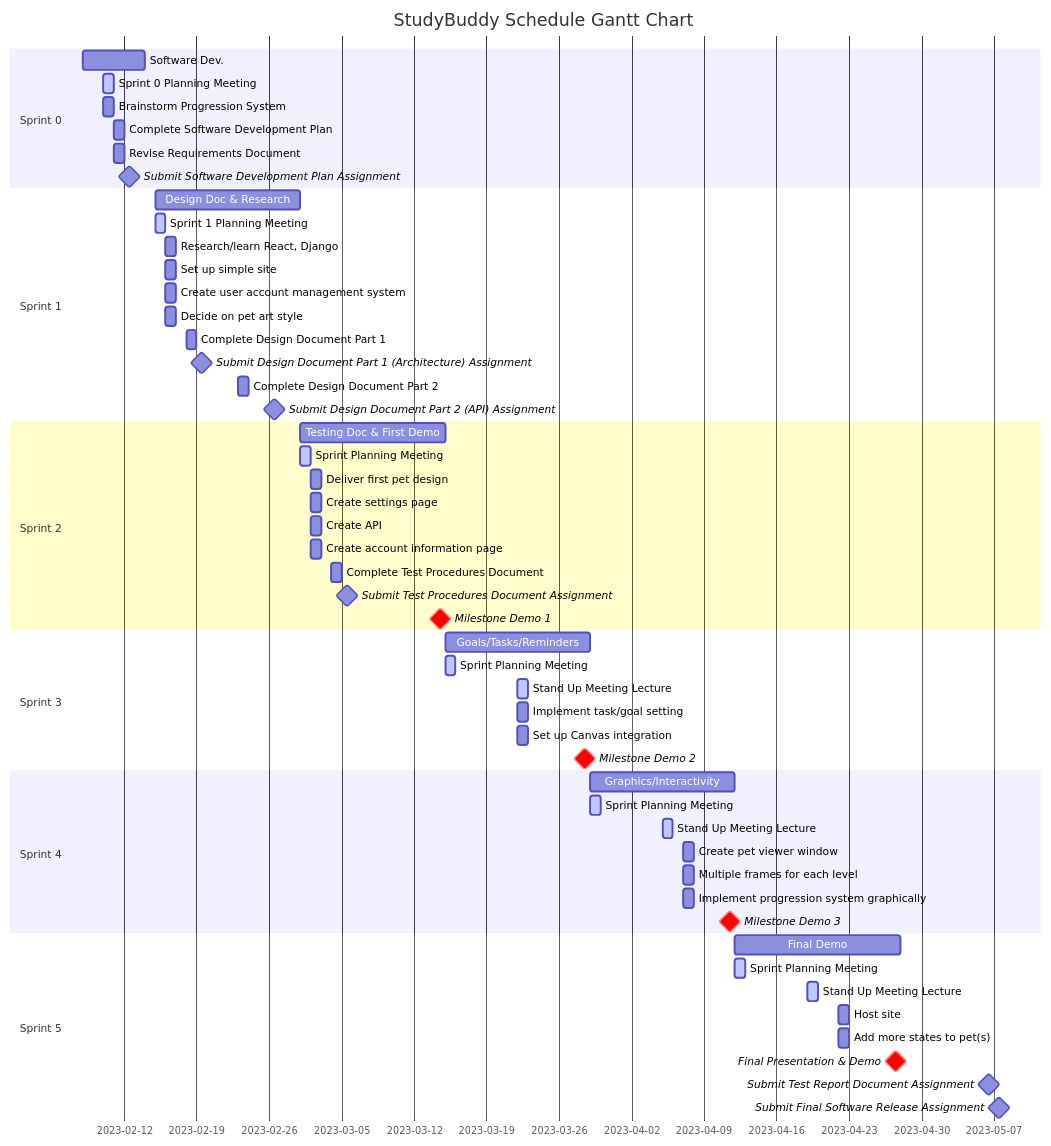
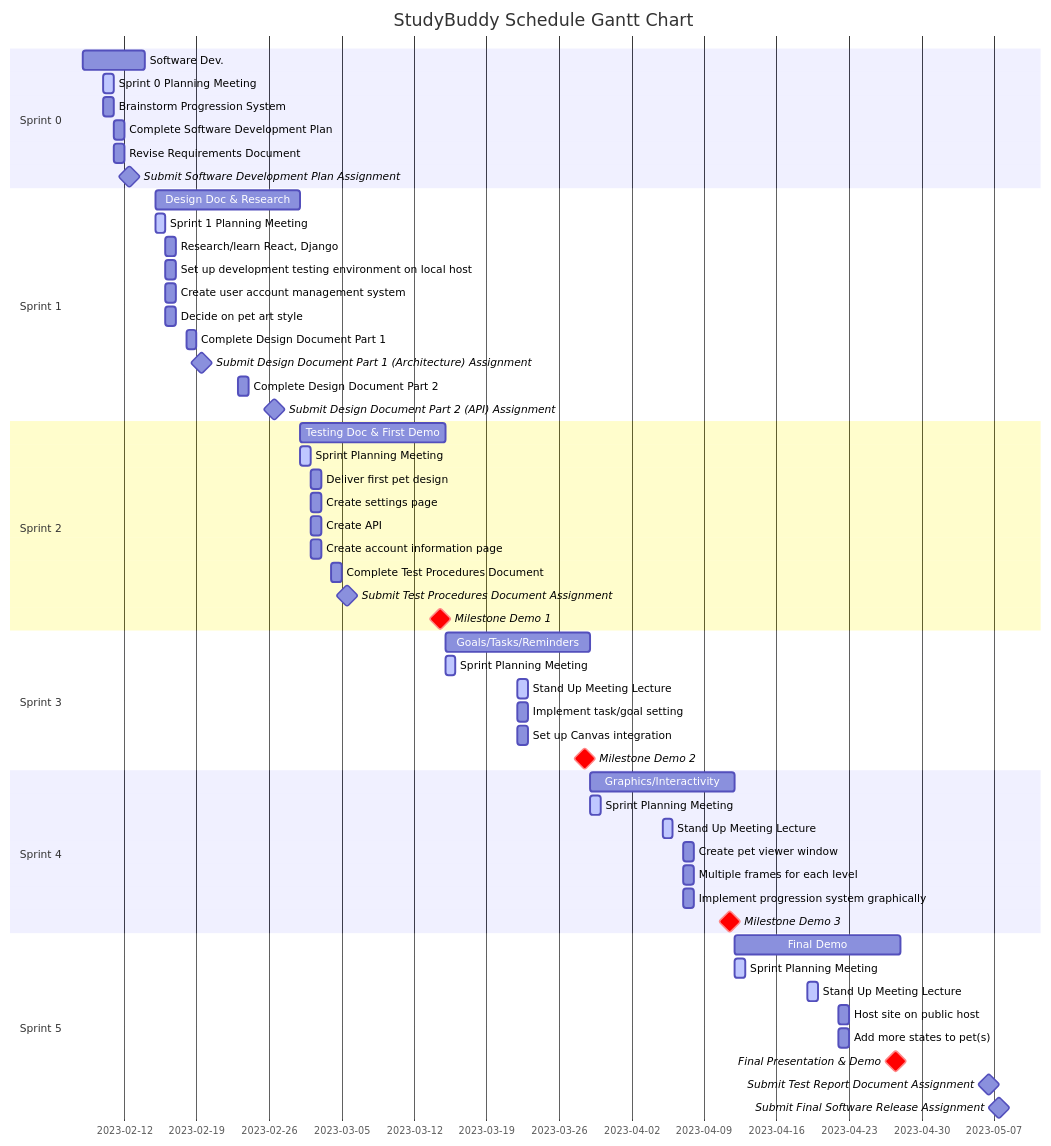
Before and after one commit to Capstone-Projects-2023-Spring/project-virtual-pet: the diagram in documentation/docs/development-plan/schedule.md, drawn with Mermaid.

```diff
--- a/documentation/docs/development-plan/schedule.md
+++ b/documentation/docs/development-plan/schedule.md
@@ -30,7 +30,7 @@
         section Sprint 1
         Research/learn React, Django:  , 2023-02-16, 1d
         section Sprint 1
-        Set up simple site:  , 2023-02-16, 1d
+        Set up development testing environment on local host:  , 2023-02-16, 1d
         section Sprint 1
         Create user account management system:  , 2023-02-16, 1d
         section Sprint 1
@@ -98,7 +98,7 @@
         section Sprint 5
          Stand Up Meeting Lecture: active , 2023-04-19, 1d
          section Sprint 5
-         Host site: , 2023-04-22, 1d
+         Host site on public host: , 2023-04-22, 1d
         section Sprint 5
          Add more states to pet(s): , 2023-04-22, 1d
         section Sprint 5
```
